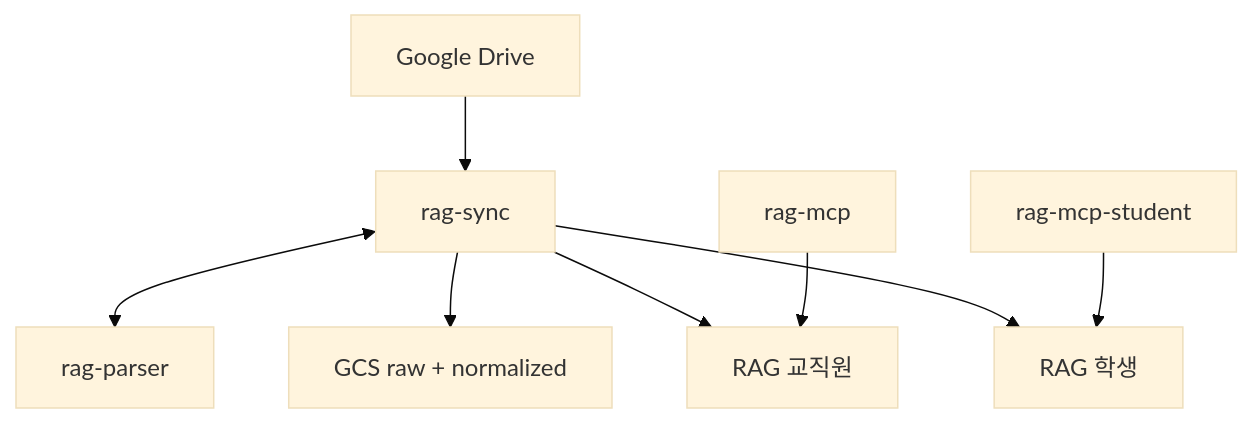
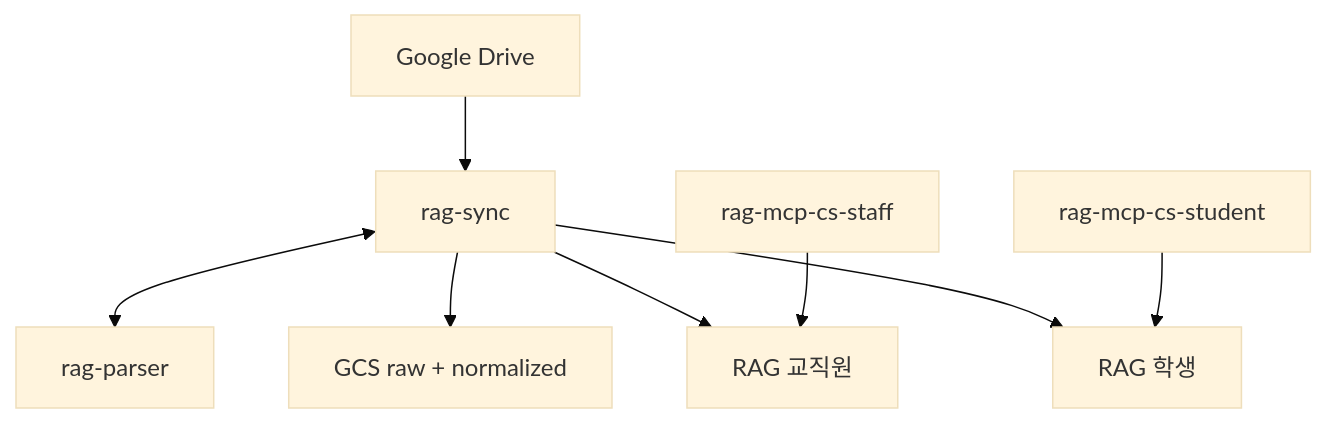
One commit to 0525gus/gcp_rag changed the diagram in README.md. Above: the diagram before and after it, drawn with Mermaid (base theme). The commit also changed other lines of this file and 15 other files, not shown here.

````diff
--- a/README.md
+++ b/README.md
@@ -13,19 +9,19 @@
 ```mermaid
 flowchart TB
   Drive["Google Drive"]
   Sync[rag-sync]
   Parser[rag-parser]
   GCS["GCS raw + normalized"]
   StaffRAG[RAG 교직원]
   StudentRAG[RAG 학생]
-  McpStaff[rag-mcp]
-  McpStudent[rag-mcp-student]
+  McpStaff[rag-mcp-cs-staff]
+  McpStudent[rag-mcp-cs-student]
 
   Drive --> Sync
   Sync <--> Parser
   Sync --> GCS
   Sync --> StaffRAG
   Sync --> StudentRAG
   McpStaff --> StaffRAG
   McpStudent --> StudentRAG
 ```
````
